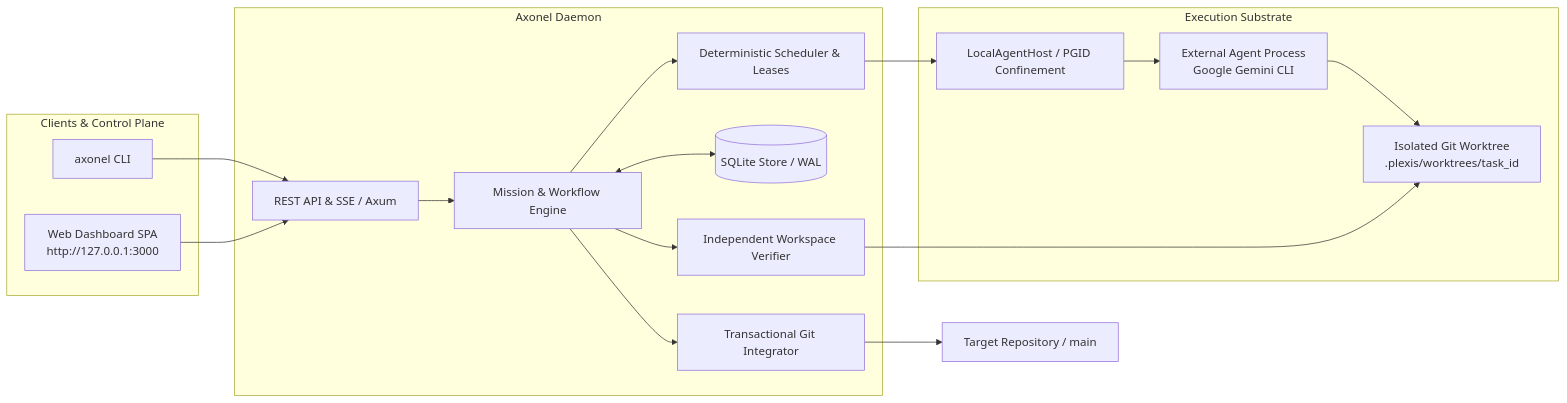
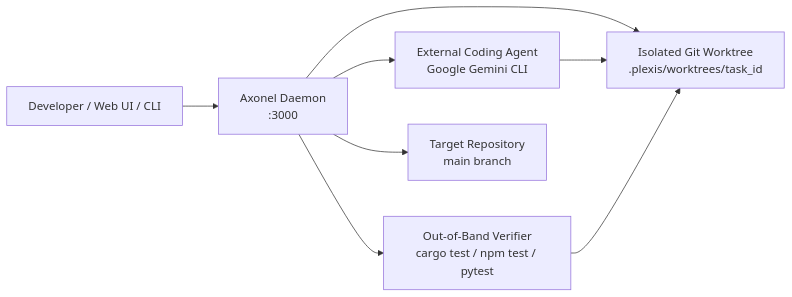
One commit to JordanCarter00/axonel changed the diagram in README.md. Above: the diagram before and after it, drawn with Mermaid. The commit also changed other lines of this file and 3 other files, not shown here.

````diff
--- a/README.md
+++ b/README.md
@@ -85,35 +131,10 @@
 ```mermaid
 flowchart LR
-    subgraph Clients[Clients & Control Plane]
-        CLI[axonel CLI]
-        UI[Web Dashboard SPA\nhttp://127.0.0.1:3000]
-    end
-
-    subgraph Server[Axonel Daemon]
-        API[REST API & SSE / Axum]
-        Engine[Mission & Workflow Engine]
-        Scheduler[Deterministic Scheduler & Leases]
-        Store[(SQLite Store / WAL)]
-        Verifier[Independent Workspace Verifier]
-        GitEngine[Transactional Git Integrator]
-    end
-
-    subgraph Isolation[Execution Substrate]
-        Host[LocalAgentHost / PGID Confinement]
-        Worktree[Isolated Git Worktree\n.plexis/worktrees/task_id]
-        Agent[External Agent Process\nGoogle Gemini CLI]
-    end
-
-    CLI --> API
-    UI --> API
-    API --> Engine
-    Engine <--> Store
-    Engine --> Scheduler
-    Scheduler --> Host
-    Host --> Agent
+    User[Developer / Web UI / CLI] --> Server[Axonel Daemon\n:3000]
+    Server --> Worktree[Isolated Git Worktree\n.plexis/worktrees/task_id]
+    Server --> Agent[External Coding Agent\nGoogle Gemini CLI]
     Agent --> Worktree
+    Server --> Verifier[Out-of-Band Verifier\ncargo test / npm test / pytest]
     Verifier --> Worktree
-    Engine --> Verifier
-    Engine --> GitEngine
-    GitEngine --> TargetRepo[Target Repository / main]
+    Server --> Target[Target Repository\nmain branch]
 ```
````
